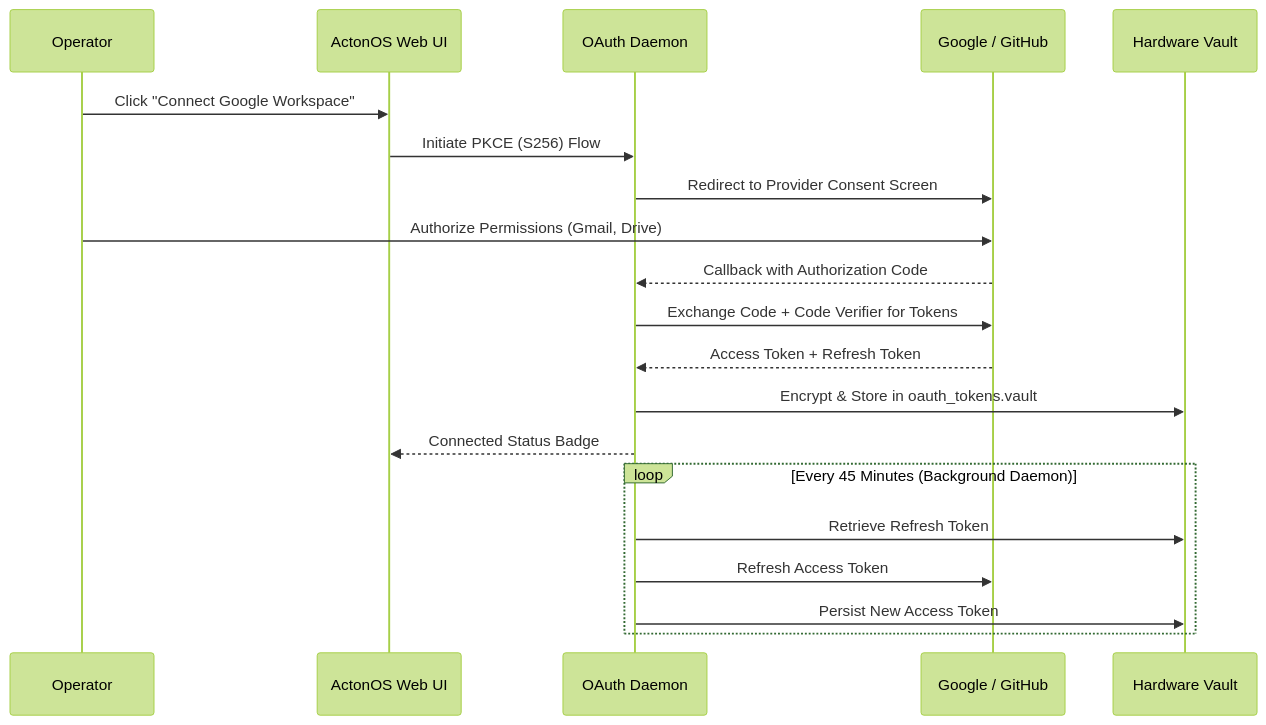
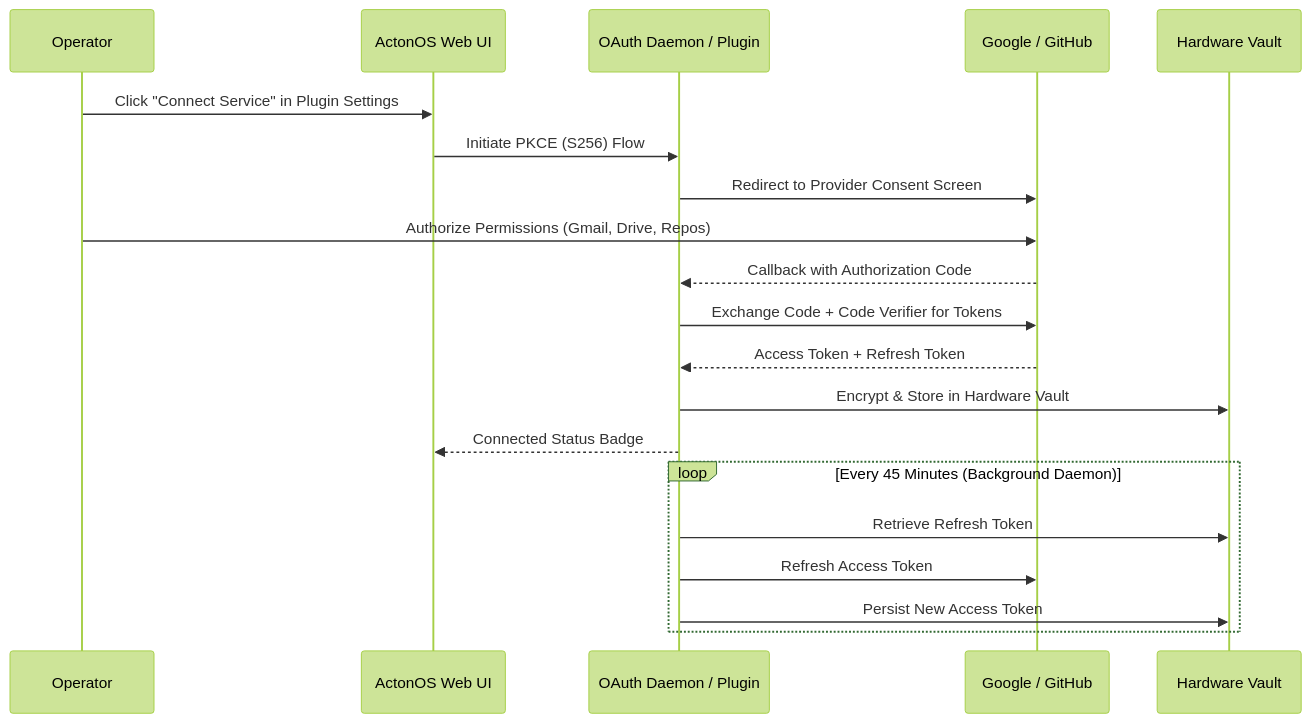
The diagram in versioned_docs/version-0.1/user-guide/connectors.mdx (actonos/docs), drawn with Mermaid (forest theme) before and after one commit. The commit also changed other lines of this file and 57 other files, not shown here.

````diff
--- a/versioned_docs/version-0.1/user-guide/connectors.mdx
+++ b/versioned_docs/version-0.1/user-guide/connectors.mdx
@@ -12,24 +12,24 @@
 ```mermaid
 sequenceDiagram
     participant User as Operator
     participant UI as ActonOS Web UI
-    participant Auth as OAuth Daemon
+    participant Auth as OAuth Daemon / Plugin
     participant SaaS as Google / GitHub
     participant Vault as Hardware Vault
 
-    User->>UI: Click "Connect Google Workspace"
+    User->>UI: Click "Connect Service" in Plugin Settings
     UI->>Auth: Initiate PKCE (S256) Flow
     Auth->>SaaS: Redirect to Provider Consent Screen
-    User->>SaaS: Authorize Permissions (Gmail, Drive)
+    User->>SaaS: Authorize Permissions (Gmail, Drive, Repos)
     SaaS-->>Auth: Callback with Authorization Code
     Auth->>SaaS: Exchange Code + Code Verifier for Tokens
     SaaS-->>Auth: Access Token + Refresh Token
-    Auth->>Vault: Encrypt & Store in oauth_tokens.vault
+    Auth->>Vault: Encrypt & Store in Hardware Vault
     Auth-->>UI: Connected Status Badge
     
     loop Every 45 Minutes (Background Daemon)
         Auth->>Vault: Retrieve Refresh Token
         Auth->>SaaS: Refresh Access Token
         Auth->>Vault: Persist New Access Token
     end
 ```
````
